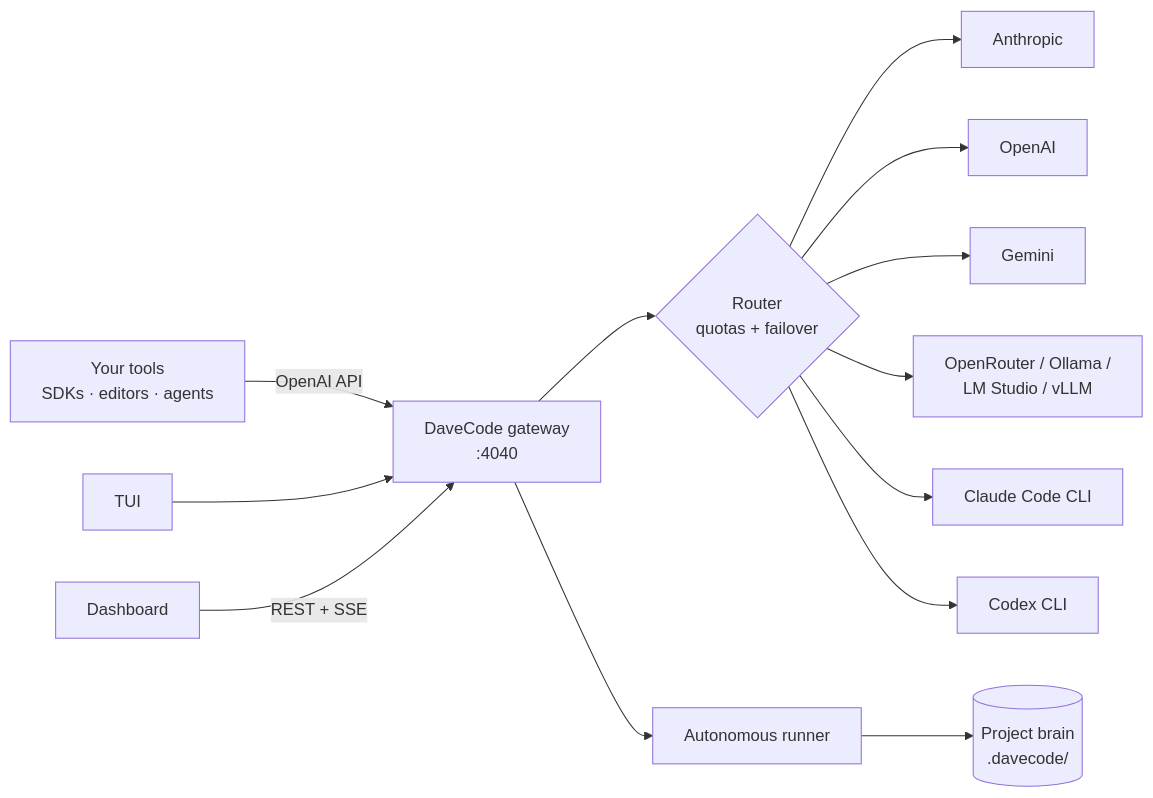
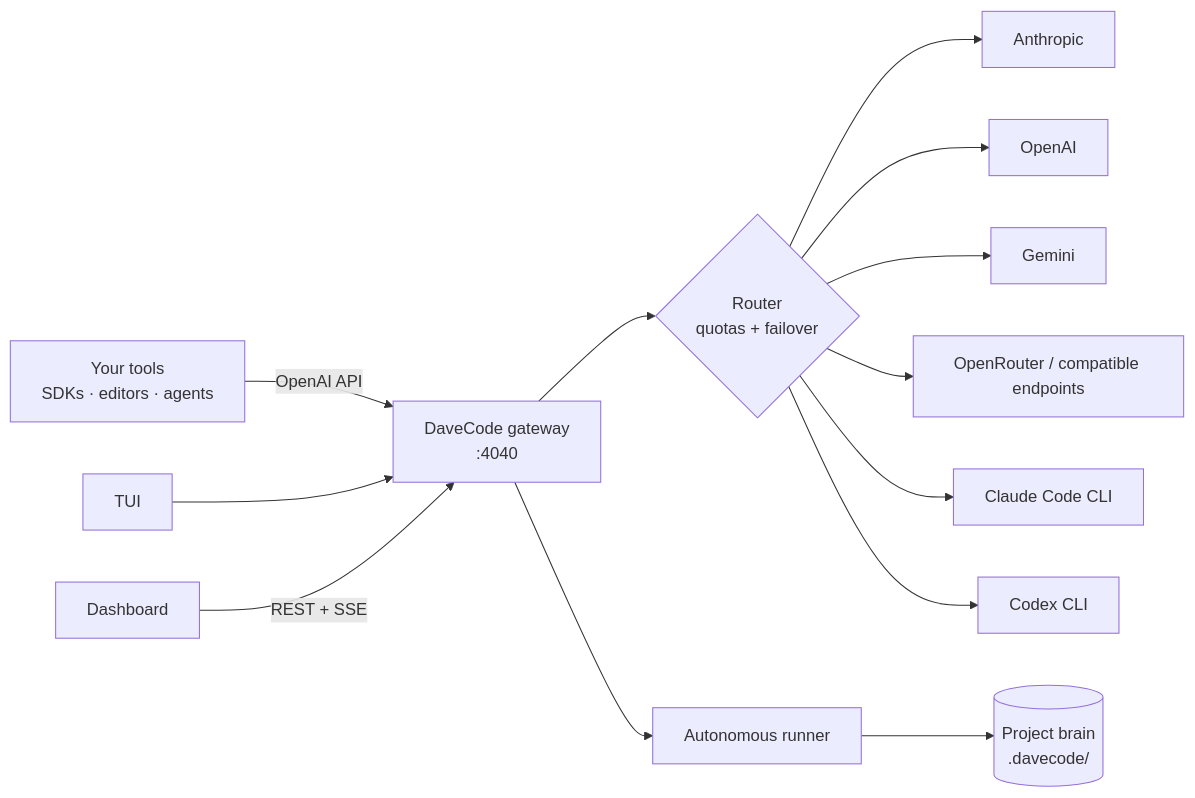
The diagram in README.md (DMRLZZ/DaveCode), drawn with Mermaid before and after one commit. The commit also changed other lines of this file and 4 other files, not shown here.

Commit message:
docs: introduce workspace preview brand and verified product roadmap

````diff
--- a/README.md
+++ b/README.md
@@ -50,15 +52,15 @@
 ```mermaid
 flowchart LR
   C[Your tools<br/>SDKs · editors · agents] -->|OpenAI API| G[DaveCode gateway<br/>:4040]
   T[TUI] --> G
   D[Dashboard] -->|REST + SSE| G
   G --> R{Router<br/>quotas + failover}
   R --> A[Anthropic]
   R --> O[OpenAI]
   R --> M[Gemini]
-  R --> L[OpenRouter / Ollama /<br/>LM Studio / vLLM]
+  R --> L[OpenRouter / compatible endpoints]
   R --> CC[Claude Code CLI]
   R --> CX[Codex CLI]
   G --> E[Autonomous runner]
   E --> B[(Project brain<br/>.davecode/)]
 ```
````
